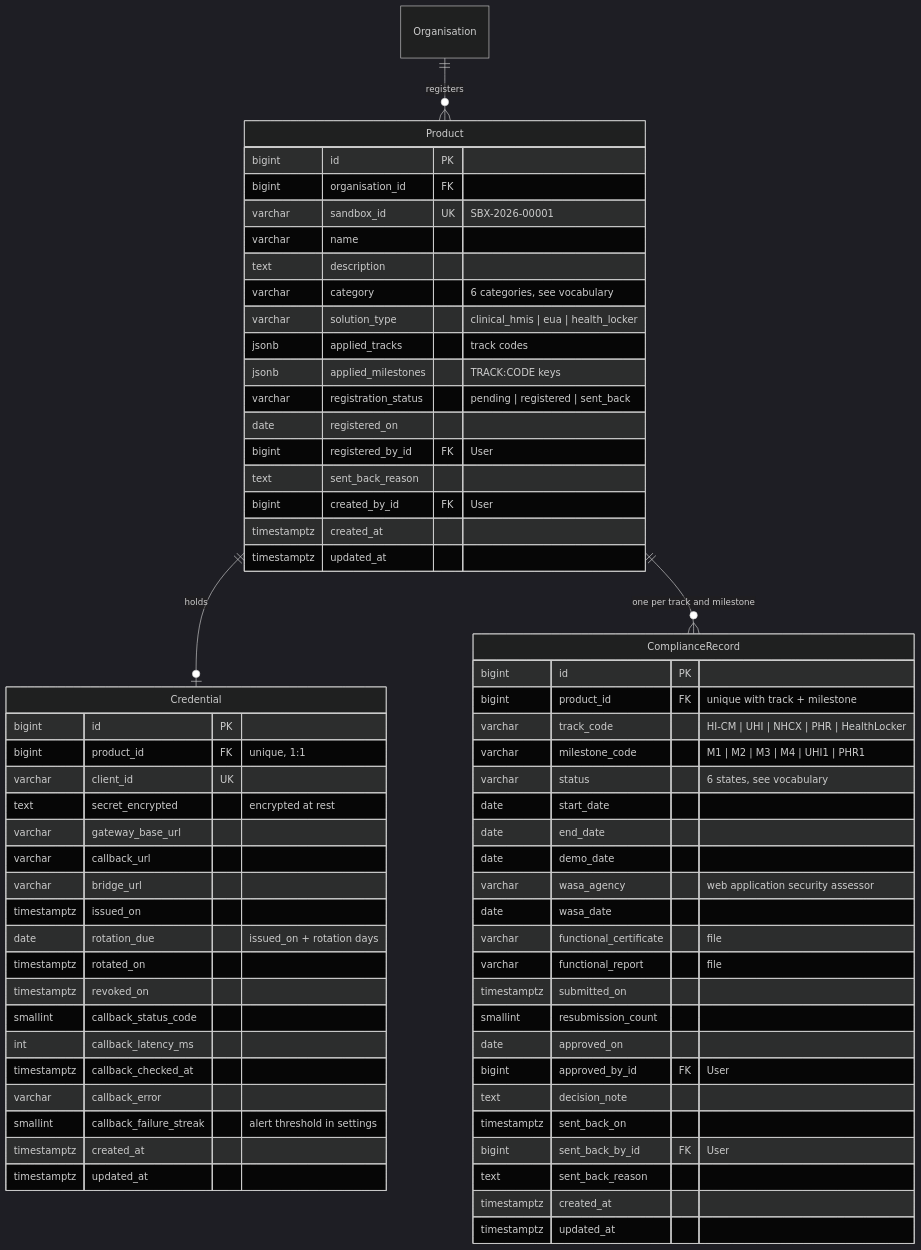
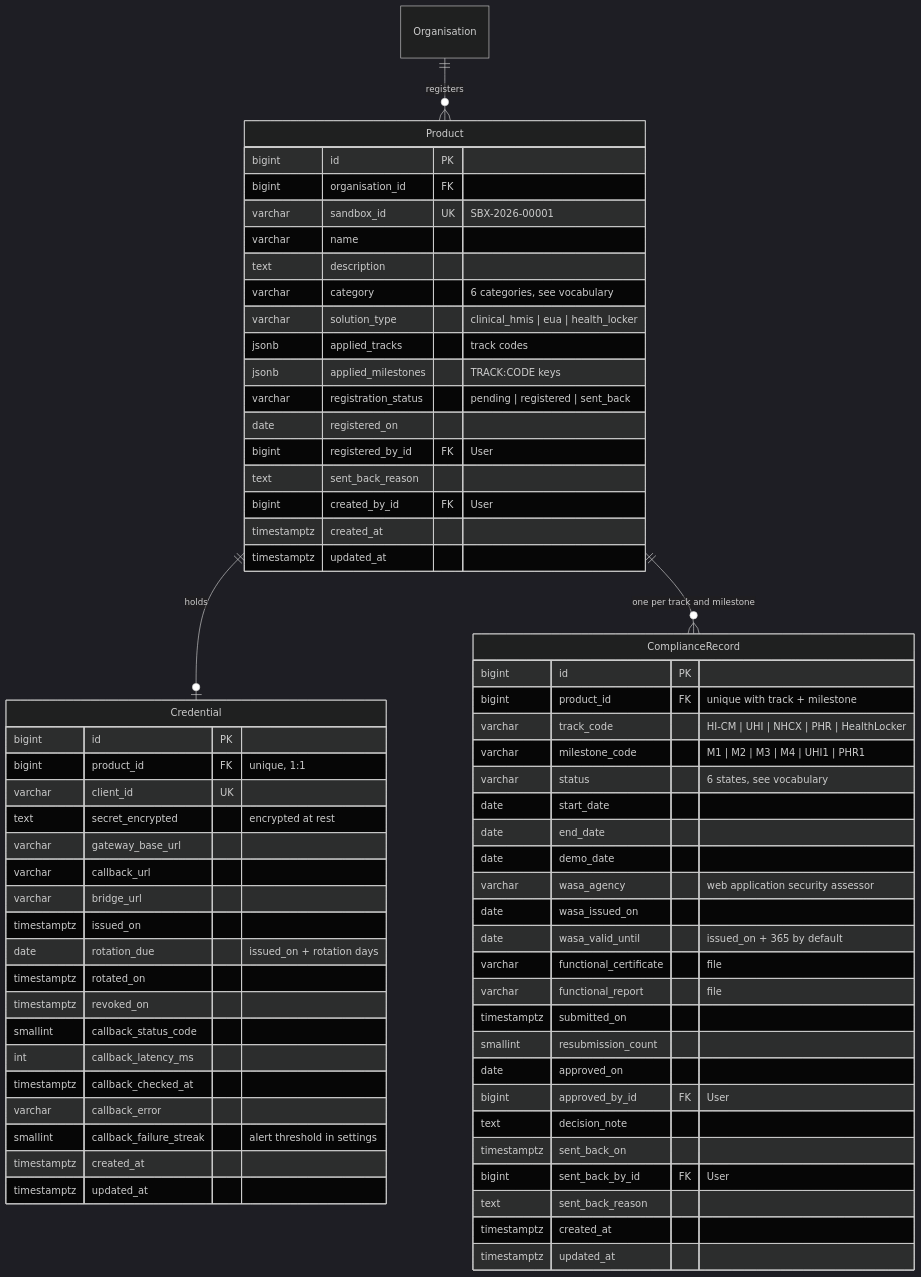
One commit to nha-in/experience changed the fourth of 8 diagrams in docs/erd.md. Above: the diagram before and after it, drawn with Mermaid (dark theme). The commit also changed 51 other files, not shown here.

````diff
--- a/docs/erd.md
+++ b/docs/erd.md
@@ -149,69 +149,70 @@
 ```mermaid
 erDiagram
   Organisation ||--o{ Product : "registers"
   Product ||--o| Credential : "holds"
   Product ||--o{ ComplianceRecord : "one per track and milestone"
 
   Product {
     bigint id PK
     bigint organisation_id FK
     varchar sandbox_id UK "SBX-2026-00001"
     varchar name
     text description
     varchar category "6 categories, see vocabulary"
     varchar solution_type "clinical_hmis | eua | health_locker"
     jsonb applied_tracks "track codes"
     jsonb applied_milestones "TRACK:CODE keys"
     varchar registration_status "pending | registered | sent_back"
     date registered_on
     bigint registered_by_id FK "User"
     text sent_back_reason
     bigint created_by_id FK "User"
     timestamptz created_at
     timestamptz updated_at
   }
   Credential {
     bigint id PK
     bigint product_id FK "unique, 1:1"
     varchar client_id UK
     text secret_encrypted "encrypted at rest"
     varchar gateway_base_url
     varchar callback_url
     varchar bridge_url
     timestamptz issued_on
     date rotation_due "issued_on + rotation days"
     timestamptz rotated_on
     timestamptz revoked_on
     smallint callback_status_code
     int callback_latency_ms
     timestamptz callback_checked_at
     varchar callback_error
     smallint callback_failure_streak "alert threshold in settings"
     timestamptz created_at
     timestamptz updated_at
   }
   ComplianceRecord {
     bigint id PK
     bigint product_id FK "unique with track + milestone"
     varchar track_code "HI-CM | UHI | NHCX | PHR | HealthLocker"
     varchar milestone_code "M1 | M2 | M3 | M4 | UHI1 | PHR1"
     varchar status "6 states, see vocabulary"
     date start_date
     date end_date
     date demo_date
     varchar wasa_agency "web application security assessor"
-    date wasa_date
+    date wasa_issued_on
+    date wasa_valid_until "issued_on + 365 by default"
     varchar functional_certificate "file"
     varchar functional_report "file"
     timestamptz submitted_on
     smallint resubmission_count
     date approved_on
     bigint approved_by_id FK "User"
     text decision_note
     timestamptz sent_back_on
     bigint sent_back_by_id FK "User"
     text sent_back_reason
     timestamptz created_at
     timestamptz updated_at
   }
 ```
````
